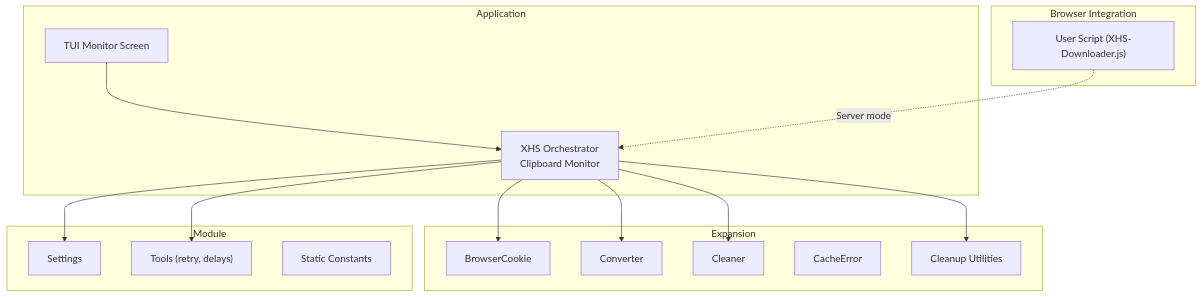
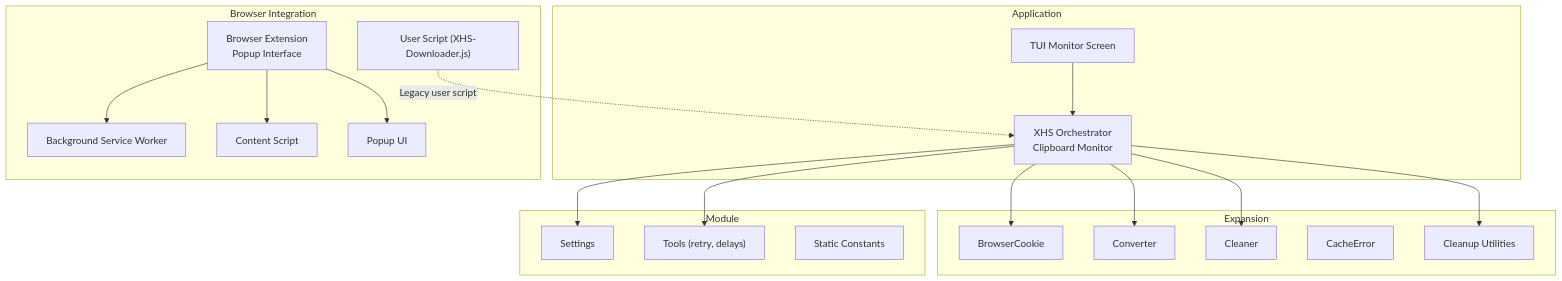
Before and after one commit to KY-2000/XHS-Downloader: the first of 9 diagrams in .qoder/repowiki/en/content/Advanced Features/Advanced Features.md, drawn with Mermaid. The commit also changed other lines of this file and 3 other files, not shown here.

````diff
--- a/.qoder/repowiki/en/content/Advanced Features/Advanced Features.md
+++ b/.qoder/repowiki/en/content/Advanced Features/Advanced Features.md
@@ -50,30 +69,37 @@
 ```mermaid
 graph TB
 subgraph "Application"
 APP["XHS Orchestrator<br/>Clipboard Monitor"]
 TUI_MONITOR["TUI Monitor Screen"]
 end
 subgraph "Expansion"
 BR["BrowserCookie"]
 CV["Converter"]
 CL["Cleaner"]
 ER["CacheError"]
 FF["Cleanup Utilities"]
 end
 subgraph "Module"
 ST["Settings"]
 TL["Tools (retry, delays)"]
 SG["Static Constants"]
 end
 subgraph "Browser Integration"
 JS["User Script (XHS-Downloader.js)"]
+EXT["Browser Extension<br/>Popup Interface"]
+BG["Background Service Worker"]
+CS["Content Script"]
+POP["Popup UI"]
 end
 APP --> BR
 APP --> CV
 APP --> CL
 APP --> TL
 APP --> ST
 APP --> FF
 TUI_MONITOR --> APP
-JS -. "Server mode" .-> APP
+JS -. "Legacy user script" .-> APP
+EXT --> BG
+EXT --> CS
+EXT --> POP
 ```
````
